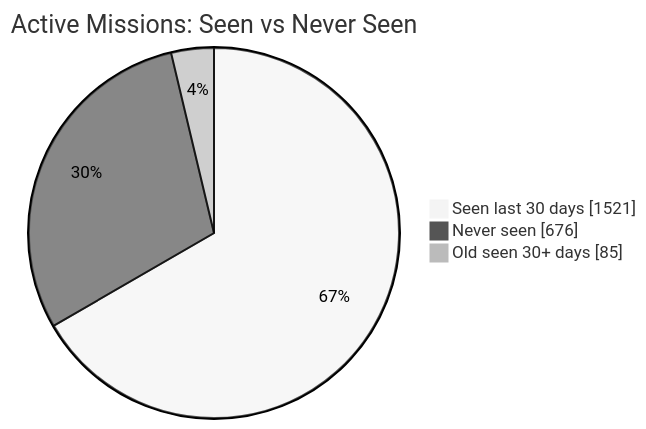
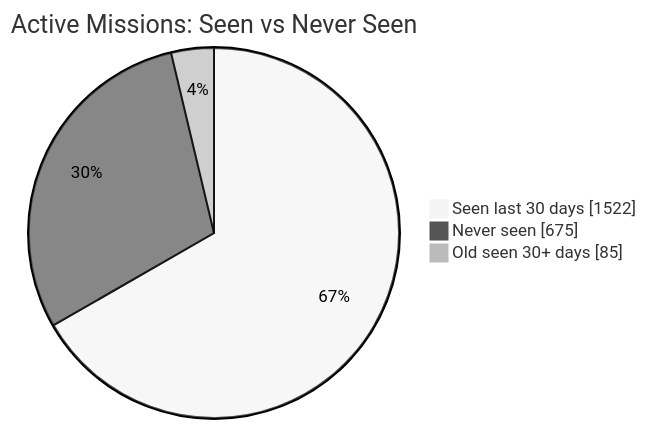
The first of 2 diagrams in README.md (MeldkamerspelGameTeam/active-missions), drawn with Mermaid (neutral theme) before and after one commit. The commit also changed other lines of this file and 2 other files, not shown here.

````diff
--- a/README.md
+++ b/README.md
@@ -34,7 +34,7 @@
 ```mermaid
 pie showData
     title Active Missions: Seen vs Never Seen
-    "Seen last 30 days" : 1521
-    "Never seen" : 676
+    "Seen last 30 days" : 1522
+    "Never seen" : 675
     "Old seen 30+ days" : 85
 ```
````
